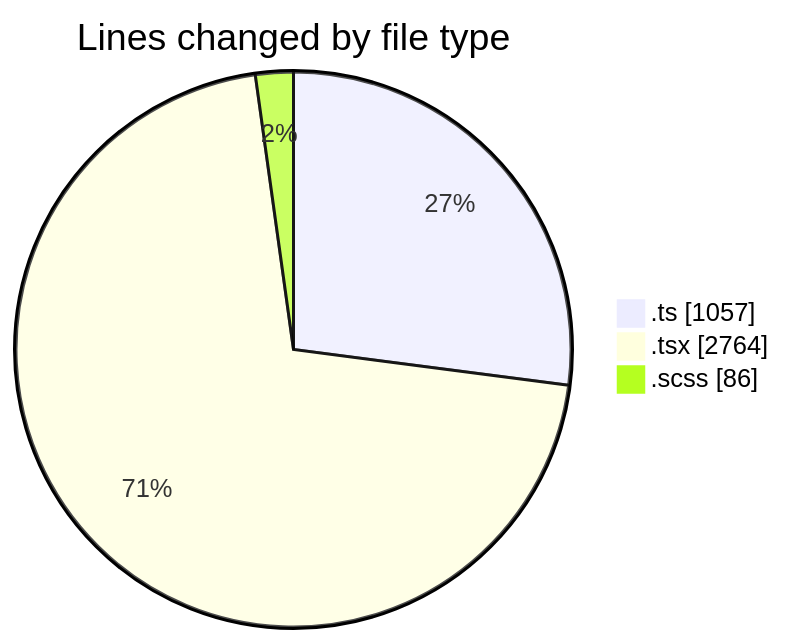
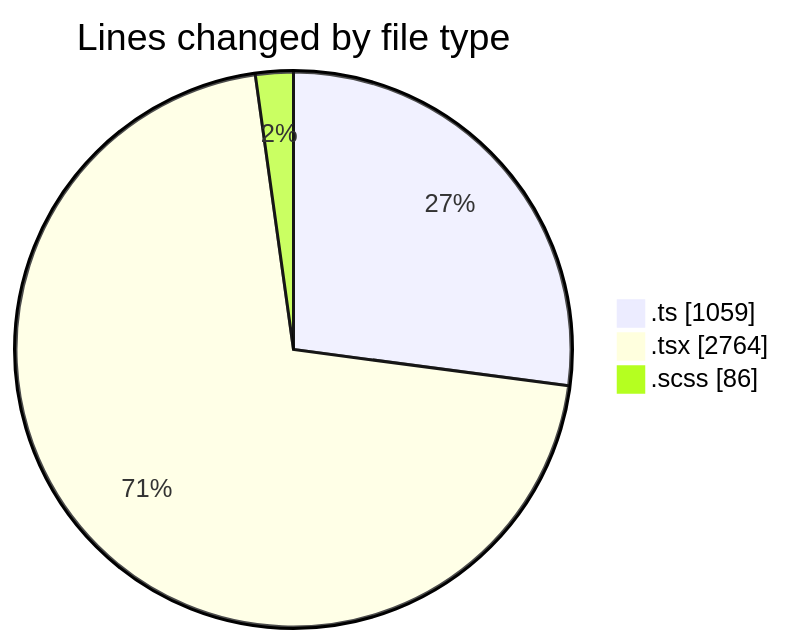
The first of 2 diagrams in 2026-10-21/cda/README.md (momahboobian/code-tracking), drawn with Mermaid before and after one commit. The commit also changed other lines of this file and 1 other file, not shown here.

````diff
--- a/2026-10-21/cda/README.md
+++ b/2026-10-21/cda/README.md
@@ -31,7 +31,7 @@
 ```mermaid
 pie showData
 title Lines changed by file type
-".ts" : 1057
+".ts" : 1059
 ".tsx" : 2764
 ".scss" : 86
 ```
````
